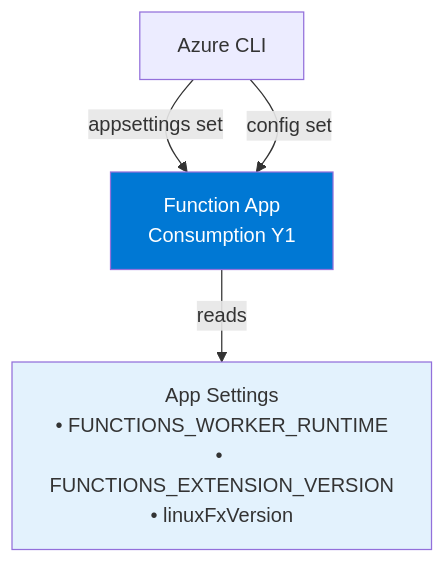
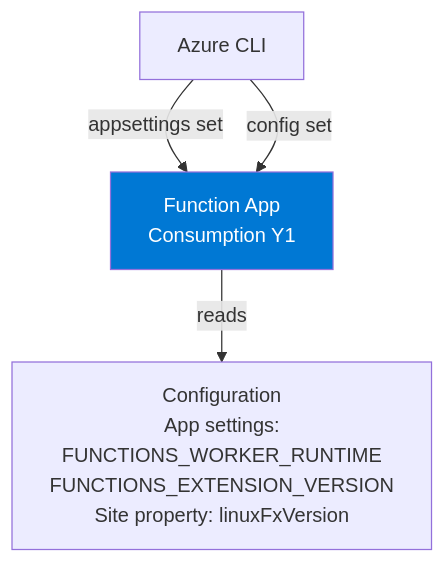
The first of 2 diagrams in docs/language-guides/nodejs/tutorial/consumption/03-configuration.md (yeongseon/azure-functions-practical-guide), drawn with Mermaid before and after one commit. The commit also changed other lines of this file and 4 other files, not shown here.

First line of the commit message:
docs(diagrams): clarify Node.js configuration tutorial figures (#509)

````diff
--- a/docs/language-guides/nodejs/tutorial/consumption/03-configuration.md
+++ b/docs/language-guides/nodejs/tutorial/consumption/03-configuration.md
@@ -63,9 +63,10 @@
 ```mermaid
 flowchart TD
+    accTitle: Node.js Linux Consumption Y1 configuration surfaces
+    accDescr: Azure CLI updates app settings and site configuration on the Consumption Y1 app. The configuration list distinguishes worker and Functions runtime settings from the linuxFxVersion site property.
     CLI["Azure CLI"] -->|"appsettings set"| FA[Function App\nConsumption Y1]
     CLI -->|"config set"| FA
-    FA -->|reads| SETTINGS["App Settings\n• FUNCTIONS_WORKER_RUNTIME\n• FUNCTIONS_EXTENSION_VERSION\n• linuxFxVersion"]
+    FA -->|reads| SETTINGS["Configuration<br/>App settings:<br/>FUNCTIONS_WORKER_RUNTIME<br/>FUNCTIONS_EXTENSION_VERSION<br/>Site property: linuxFxVersion"]
 
     style FA fill:#0078d4,color:#fff
-    style SETTINGS fill:#E3F2FD
 ```
````
